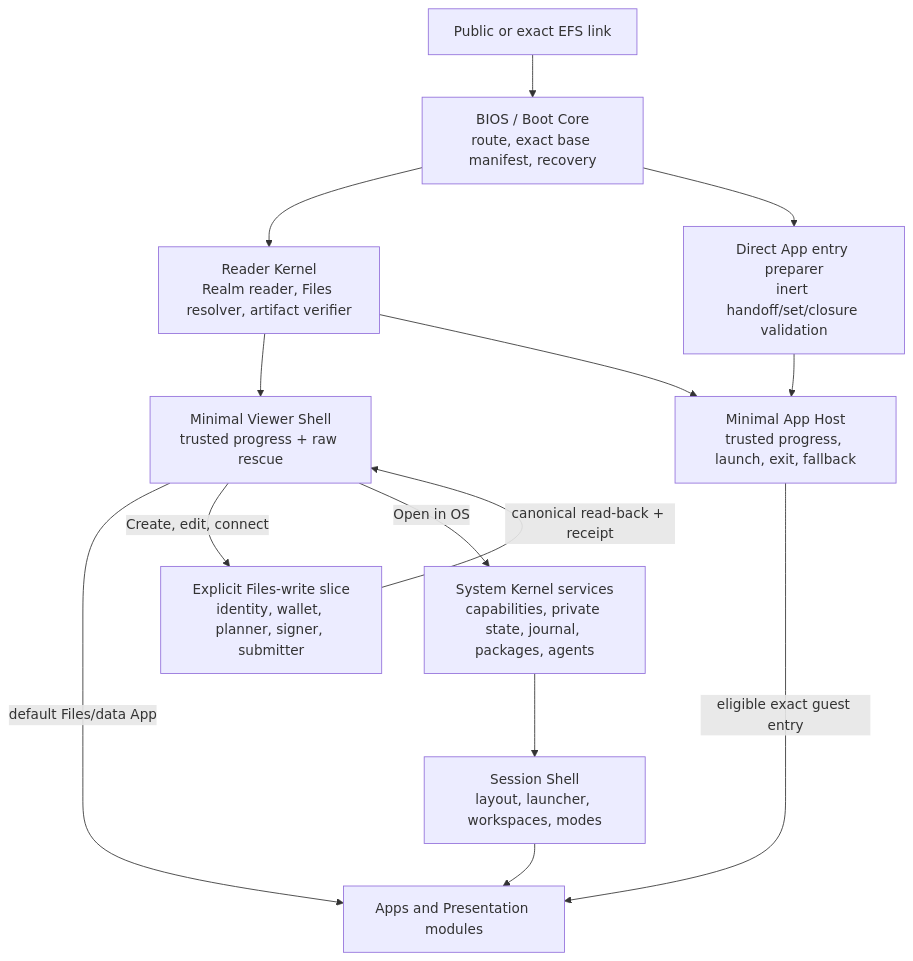
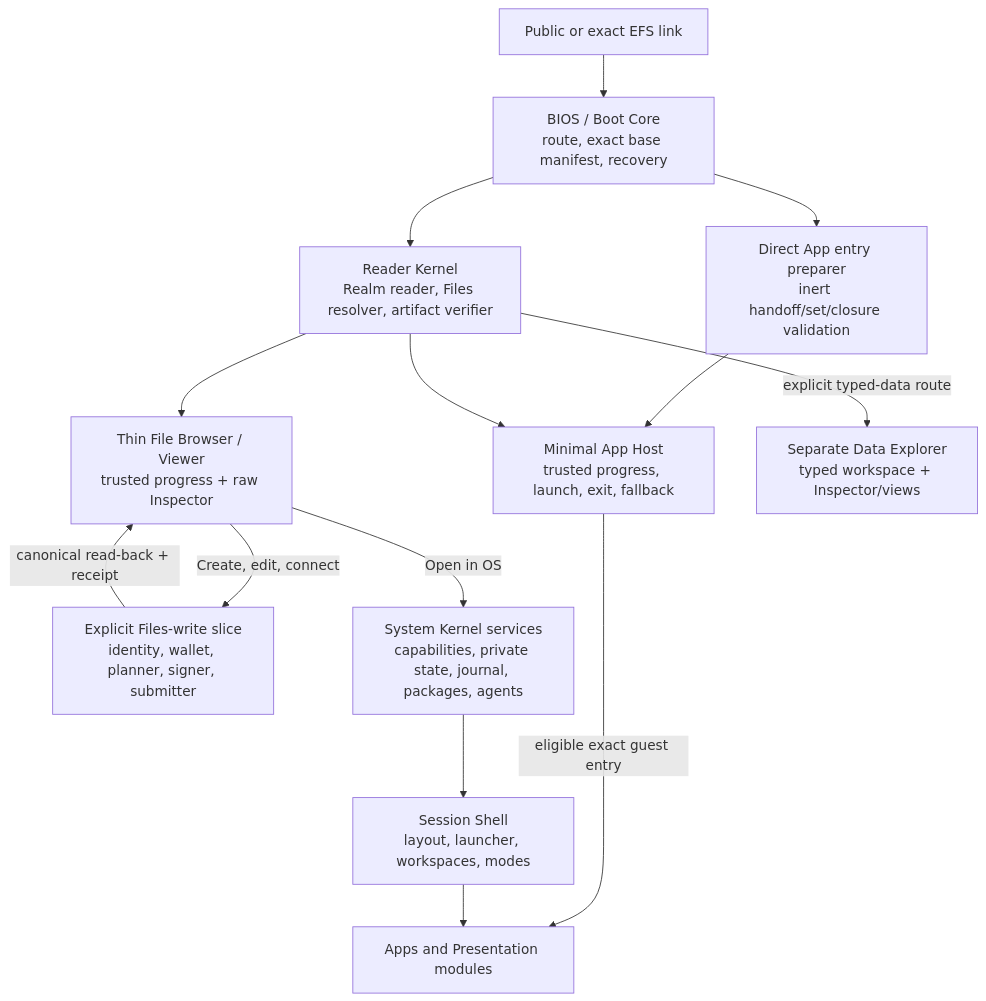
The diagram in Designs/web-client-os/README.md (efs-project/planning), drawn with Mermaid before and after one commit. The commit also changed other lines of this file and 56 other files, not shown here.

````diff
--- a/Designs/web-client-os/README.md
+++ b/Designs/web-client-os/README.md
@@ -177,24 +197,25 @@
 ```mermaid
 flowchart TB
     LINK["Public or exact EFS link"]
     BIOS["BIOS / Boot Core<br/>route, exact base manifest, recovery"]
     READER["Reader Kernel<br/>Realm reader, Files resolver, artifact verifier"]
     PREP["Direct App entry preparer<br/>inert handoff/set/closure validation"]
-    MIN["Minimal Viewer Shell<br/>trusted progress + raw rescue"]
+    MIN["Thin File Browser / Viewer<br/>trusted progress + raw Inspector"]
     HOST["Minimal App Host<br/>trusted progress, launch, exit, fallback"]
     WRITE["Explicit Files-write slice<br/>identity, wallet, planner, signer, submitter"]
+    EXPLORER["Separate Data Explorer<br/>typed workspace + Inspector/views"]
     SYSTEM["System Kernel services<br/>capabilities, private state, journal, packages, agents"]
     SHELL["Session Shell<br/>layout, launcher, workspaces, modes"]
     APPS["Apps and Presentation modules"]
 
     LINK --> BIOS --> READER
     BIOS --> PREP --> HOST
     READER --> MIN
     READER --> HOST
-    MIN -->|"default Files/data App"| APPS
+    READER -->|"explicit typed-data route"| EXPLORER
     HOST -->|"eligible exact guest entry"| APPS
     MIN -->|"Create, edit, connect"| WRITE
     WRITE -->|"canonical read-back + receipt"| MIN
     MIN -->|"Open in OS"| SYSTEM
     SYSTEM --> SHELL --> APPS
 ```
````
